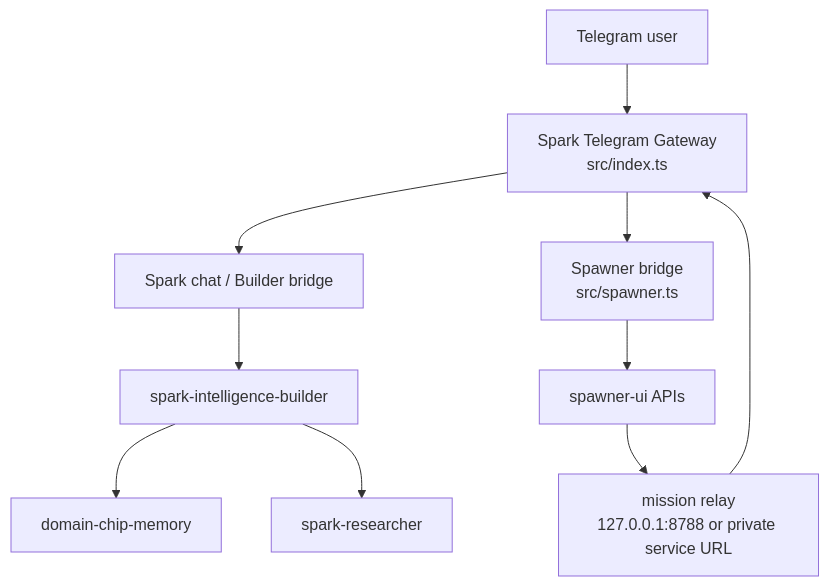
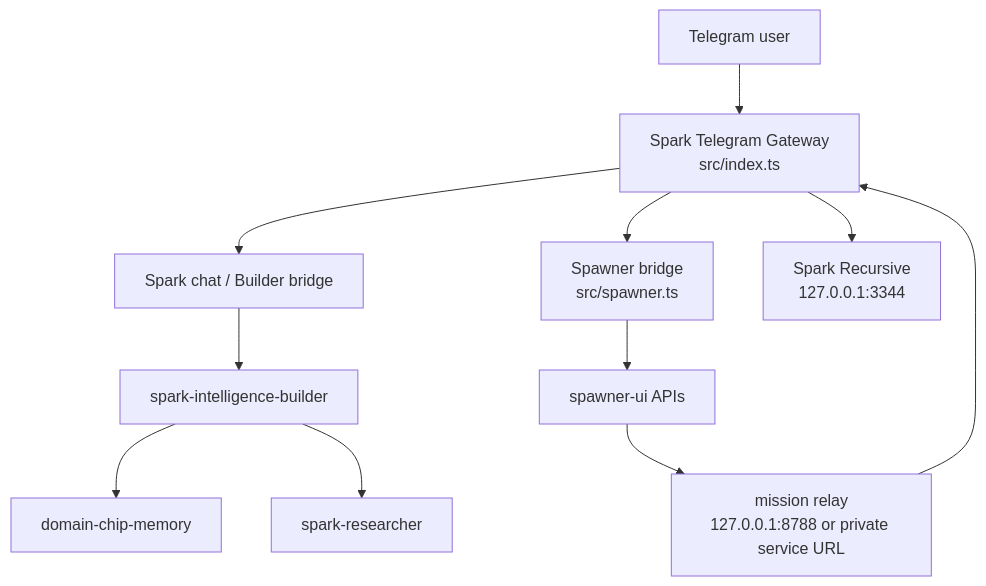
Before and after one commit to vibeforge1111/spark-telegram-bot: the first of 2 diagrams in README.md, drawn with Mermaid. The commit also changed other lines of this file and 4 other files, not shown here.

````diff
--- a/README.md
+++ b/README.md
@@ -30,12 +31,13 @@
 ```mermaid
 flowchart TD
   User["Telegram user"] --> Gateway["Spark Telegram Gateway<br/>src/index.ts"]
   Gateway --> Chat["Spark chat / Builder bridge"]
   Chat --> Builder["spark-intelligence-builder"]
   Builder --> Memory["domain-chip-memory"]
   Builder --> Researcher["spark-researcher"]
   Gateway --> SpawnerBridge["Spawner bridge<br/>src/spawner.ts"]
   SpawnerBridge --> Spawner["spawner-ui APIs"]
+  Gateway --> Recursive["Spark Recursive<br/>127.0.0.1:3344"]
   Spawner --> Relay["mission relay<br/>127.0.0.1:8788 or private service URL"]
   Relay --> Gateway
 ```
````
